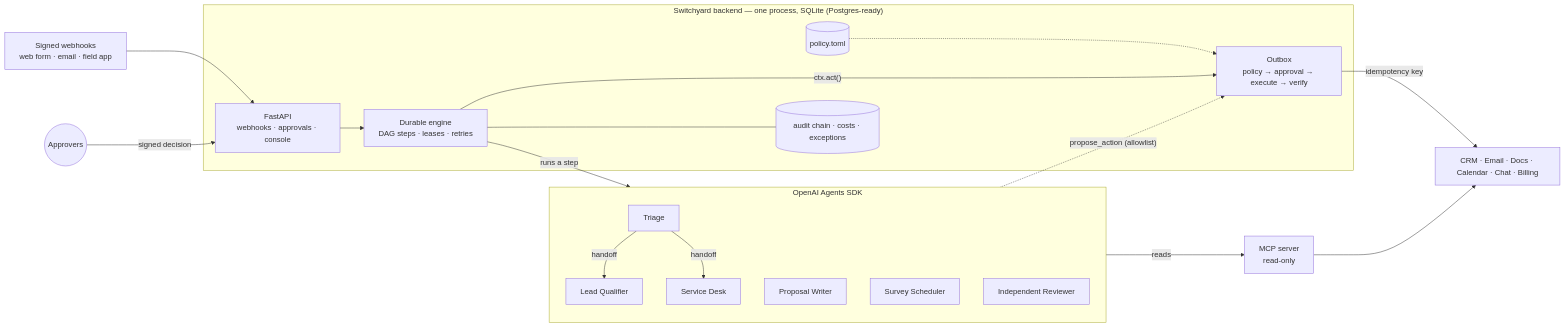
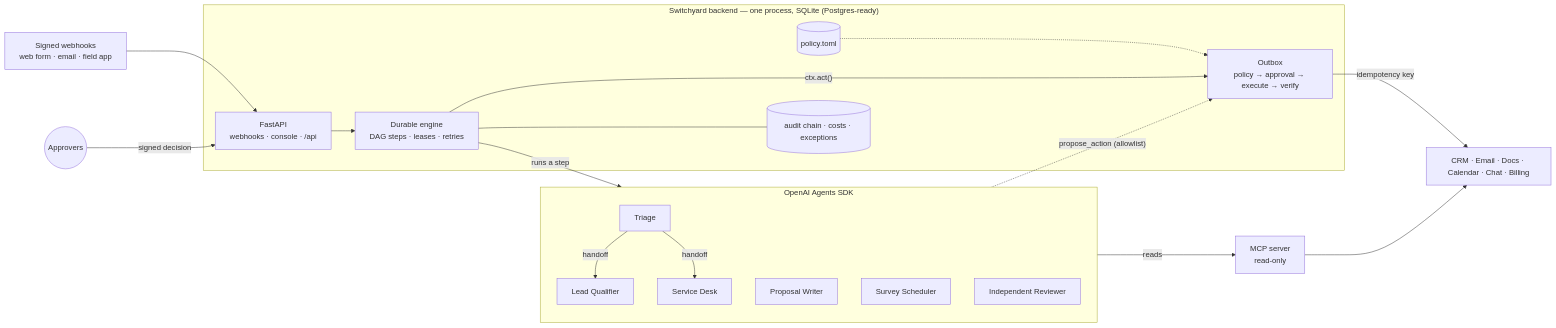
One commit to Safiullah-Rahu/switchyard changed the first of 2 diagrams in README.md. Above: the diagram before and after it, drawn with Mermaid. The commit also changed other lines of this file and 45 other files, not shown here.

````diff
--- a/README.md
+++ b/README.md
@@ -49,26 +62,26 @@
 ```mermaid
 flowchart LR
   WH["Signed webhooks<br/>web form · email · field app"] --> API
 
   subgraph Backend["Switchyard backend — one process, SQLite (Postgres-ready)"]
-    API["FastAPI<br/>webhooks · approvals · console"] --> ENG["Durable engine<br/>DAG steps · leases · retries"]
+    API["FastAPI<br/>webhooks · console · /api"] --> ENG["Durable engine<br/>DAG steps · leases · retries"]
     ENG -->|"ctx.act()"| OUT["Outbox<br/>policy → approval → execute → verify"]
     POL[("policy.toml")] -.-> OUT
     ENG --- LOG[("audit chain · costs · exceptions")]
   end
 
   subgraph SDK["OpenAI Agents SDK"]
     TRI[Triage] -->|handoff| LQ[Lead Qualifier]
     TRI -->|handoff| SD[Service Desk]
     PW[Proposal Writer]
     SS[Survey Scheduler]
     RV[Independent Reviewer]
   end
 
   ENG -->|runs a step| SDK
   SDK -->|reads| MCP["MCP server<br/>read-only"]
   SDK -. "propose_action (allowlist)" .-> OUT
   MCP --> APPS["CRM · Email · Docs · Calendar · Chat · Billing"]
   OUT -->|"idempotency key"| APPS
   PEOPLE(("Approvers")) -->|"signed decision"| API
 ```
````
